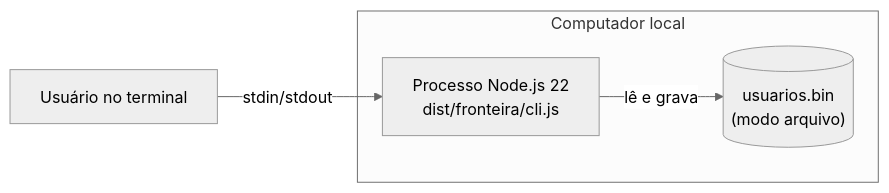
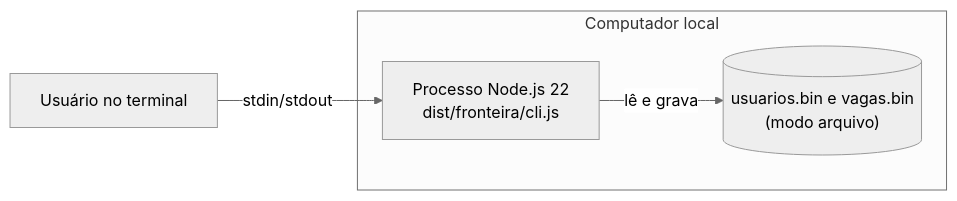
Before and after one commit to beapessoa/Ponte-mps: the third of 4 diagrams in docs/07-arquitetura/README.md, drawn with Mermaid (neutral theme). The commit also changed other lines of this file and 5 other files, not shown here.

Commit message:
docs: refletir a persistencia de vagas em arquivo

````diff
--- a/docs/07-arquitetura/README.md
+++ b/docs/07-arquitetura/README.md
@@ -70,10 +70,10 @@
 ```mermaid
 flowchart LR
     pessoa["Usuário no terminal"]
     subgraph maquina["Computador local"]
         node["Processo Node.js 22<br/>dist/fronteira/cli.js"]
-        bin[("usuarios.bin<br/>(modo arquivo)")]
+        bin[("usuarios.bin e vagas.bin<br/>(modo arquivo)")]
     end
     pessoa -->|stdin/stdout| node
     node -->|lê e grava| bin
 ```
````
